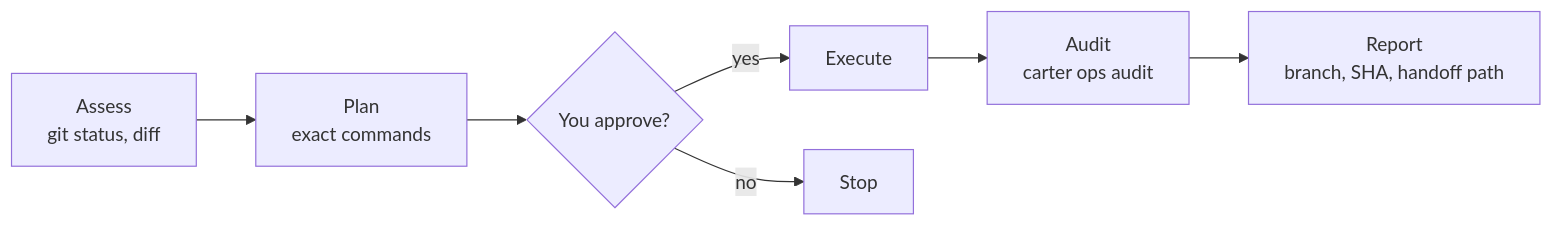
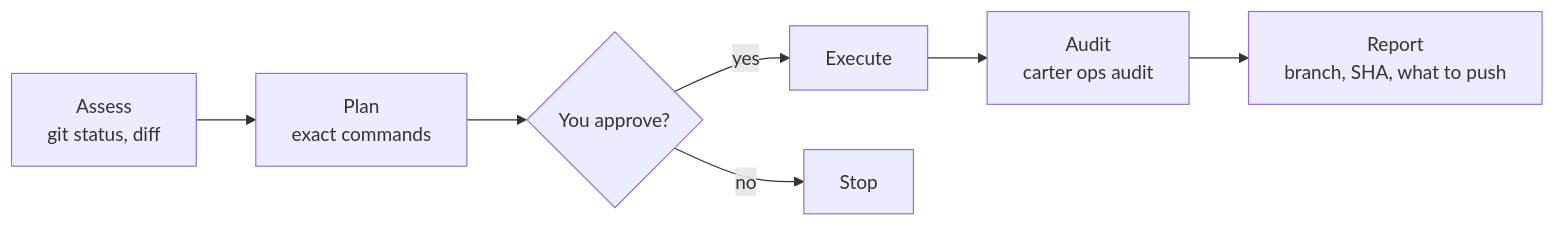
Before and after one commit to mauriciomem/carter-ai: the diagram in docs/guides/write-operations.md, drawn with Mermaid. The commit also changed other lines of this file and 428 other files, not shown here.

````diff
--- a/docs/guides/write-operations.md
+++ b/docs/guides/write-operations.md
@@ -15,9 +14,9 @@
 ```mermaid
 flowchart LR
   A[Assess<br/>git status, diff] --> B[Plan<br/>exact commands]
   B --> C{You approve?}
   C -- yes --> D[Execute]
   C -- no --> X[Stop]
   D --> E[Audit<br/>carter ops audit]
-  E --> F[Report<br/>branch, SHA, handoff path]
+  E --> F[Report<br/>branch, SHA, what to push]
 ```
````
